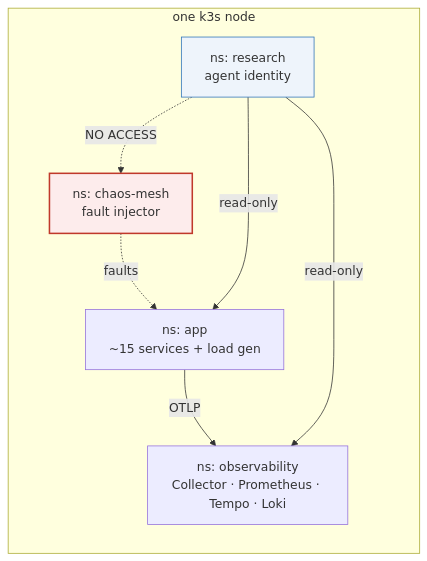
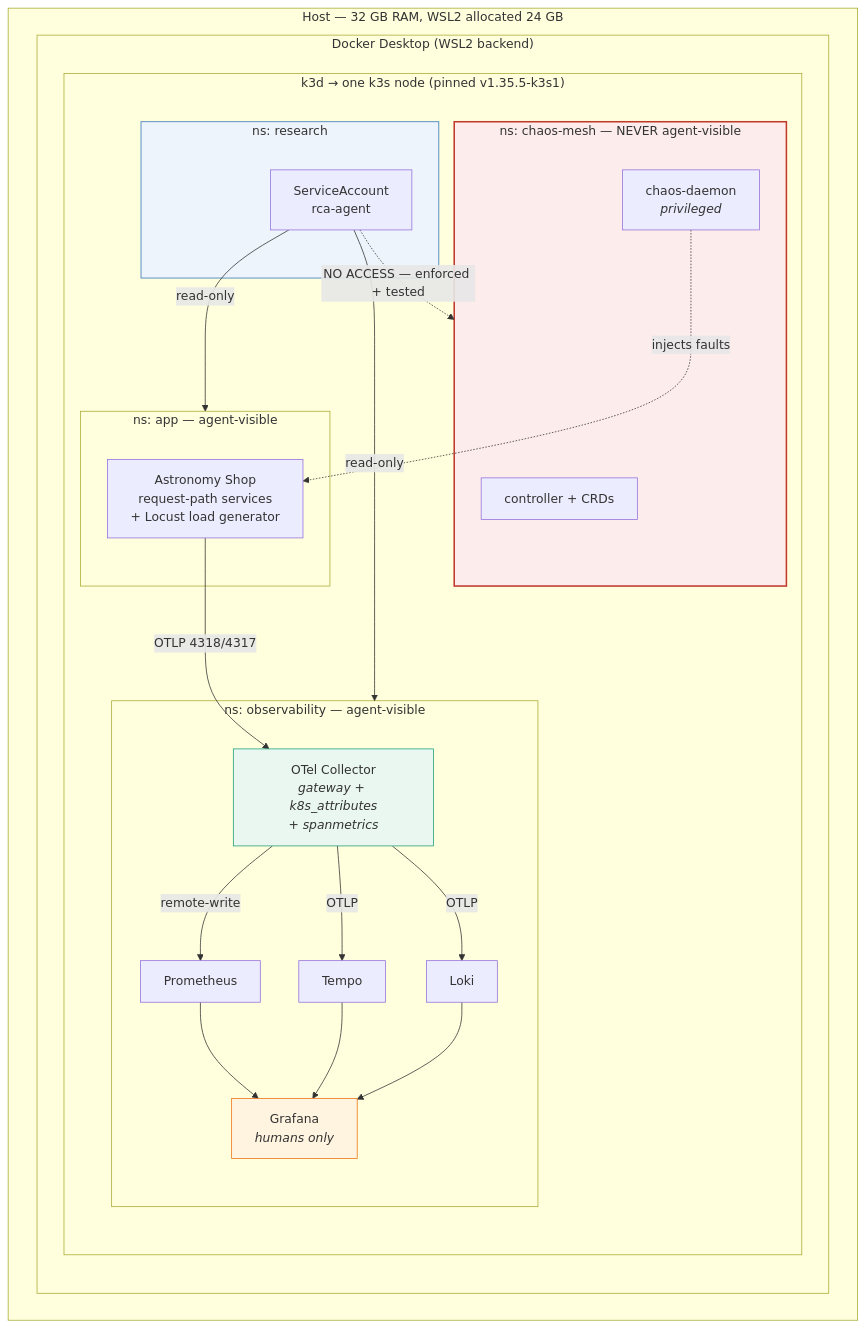
One commit to SajeewaGarusinghe/msc_project_phase_one changed the first of 3 diagrams in README.md. Above: the diagram before and after it, drawn with Mermaid. The commit also changed other lines of this file and 4 other files, not shown here.

First line of the commit message:
docs: architecture diagrams, pinned versions, bring the repo up to date

````diff
--- a/README.md
+++ b/README.md
@@ -44,17 +29,47 @@
 ```mermaid
-flowchart LR
-    subgraph N["one k3s node"]
-      direction TB
-      A["ns: app<br/>~15 services + load gen"]
-      O["ns: observability<br/>Collector · Prometheus · Tempo · Loki"]
-      C["ns: chaos-mesh<br/>fault injector"]
-      R["ns: research<br/>agent identity"]
+flowchart TB
+    subgraph HOST["Host — 32 GB RAM, WSL2 allocated 24 GB"]
+        subgraph DOCKER["Docker Desktop (WSL2 backend)"]
+            subgraph K3D["k3d → one k3s node (pinned v1.35.5-k3s1)"]
+
+                subgraph APPNS["ns: app — agent-visible"]
+                    SVC["Astronomy Shop<br/>request-path services<br/>+ Locust load generator"]
+                end
+
+                subgraph OBSNS["ns: observability — agent-visible"]
+                    COL["OTel Collector<br/><i>gateway + k8s_attributes<br/>+ spanmetrics</i>"]
+                    PROM["Prometheus"]
+                    TEMPO["Tempo"]
+                    LOKI["Loki"]
+                    GRAF["Grafana<br/><i>humans only</i>"]
+                end
+
+                subgraph CHAOSNS["ns: chaos-mesh — NEVER agent-visible"]
+                    CM["controller + CRDs"]
+                    CD["chaos-daemon<br/><i>privileged</i>"]
+                end
+
+                subgraph RESNS["ns: research"]
+                    SA["ServiceAccount<br/>rca-agent"]
+                end
+            end
+        end
     end
-    A -->|OTLP| O
-    C -.->|faults| A
-    R -->|read-only| A
-    R -->|read-only| O
-    R -.->|"NO ACCESS"| C
-    style C fill:#fdecec,stroke:#c0392b,stroke-width:2px
-    style R fill:#eef4fb,stroke:#2d72b8
+
+    SVC -->|"OTLP 4318/4317"| COL
+    COL -->|remote-write| PROM
+    COL -->|OTLP| TEMPO
+    COL -->|OTLP| LOKI
+    PROM --> GRAF
+    TEMPO --> GRAF
+    LOKI --> GRAF
+    CD -.->|"injects faults"| SVC
+    SA -->|read-only| APPNS
+    SA -->|read-only| OBSNS
+    SA -.->|"NO ACCESS — enforced + tested"| CHAOSNS
+
+    style CHAOSNS fill:#fdecec,stroke:#c0392b,stroke-width:2px
+    style RESNS fill:#eef4fb,stroke:#2d72b8
+    style GRAF fill:#fff4e0,stroke:#ec7211
+    style COL fill:#eaf7f1,stroke:#1b9e77
 ```
````
